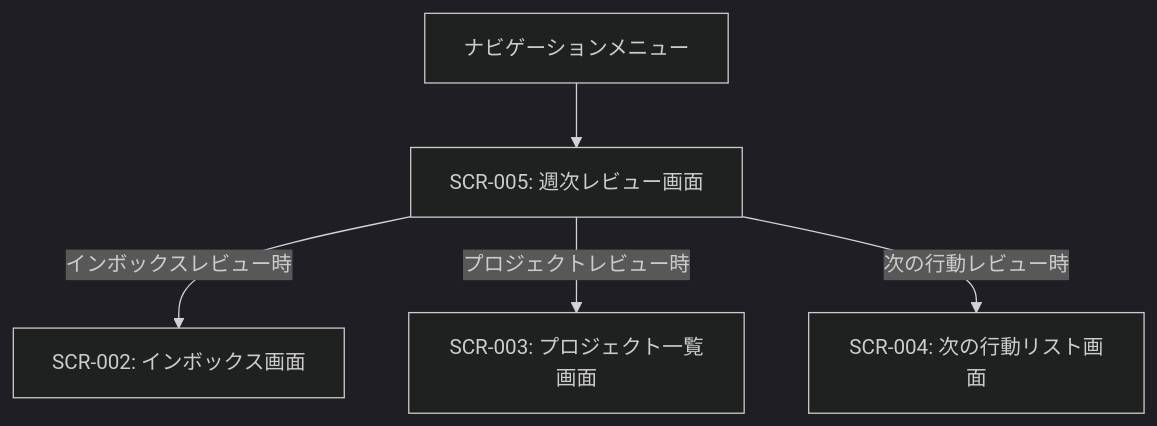
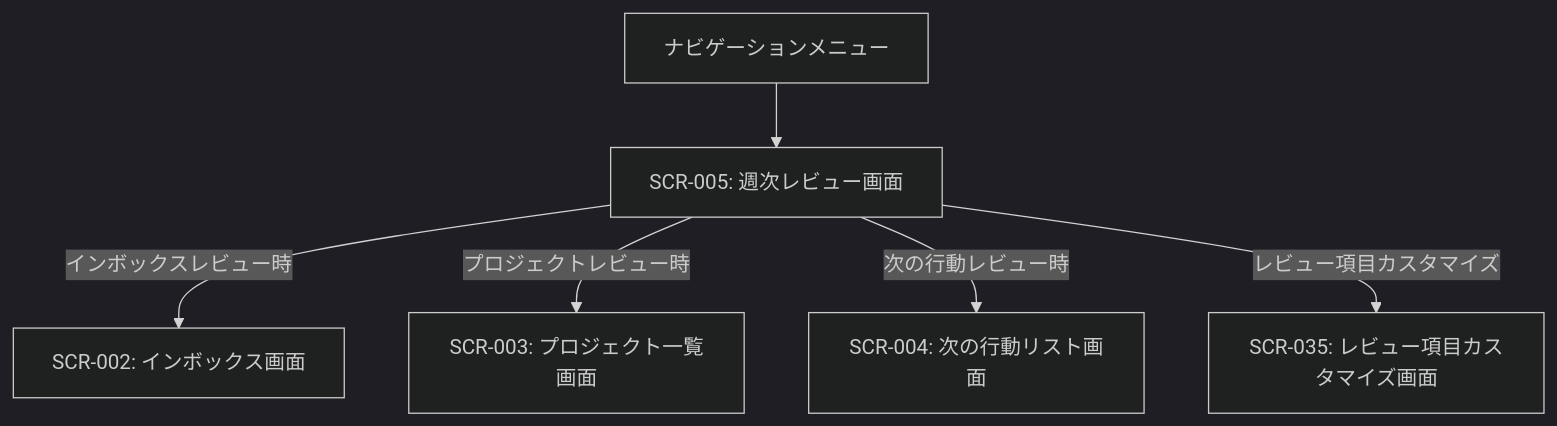
Before and after one commit to mahitotsu/tas9s10ream: the diagram in docs/deliverables/requirements/screens/scr-005-weekly-review-screen.md, drawn with Mermaid (dark theme). The commit also changed other lines of this file and 65 other files, not shown here.

````diff
--- a/docs/deliverables/requirements/screens/scr-005-weekly-review-screen.md
+++ b/docs/deliverables/requirements/screens/scr-005-weekly-review-screen.md
@@ -11,7 +11,8 @@
 ```mermaid
 graph TD
     NavMenu[ナビゲーションメニュー] --> SCR005[SCR-005: 週次レビュー画面]
     SCR005 -->|インボックスレビュー時| SCR002[SCR-002: インボックス画面]
     SCR005 -->|プロジェクトレビュー時| SCR003[SCR-003: プロジェクト一覧画面]
     SCR005 -->|次の行動レビュー時| SCR004[SCR-004: 次の行動リスト画面]
+    SCR005 -->|レビュー項目カスタマイズ| SCR035[SCR-035: レビュー項目カスタマイズ画面]
 ```
````
